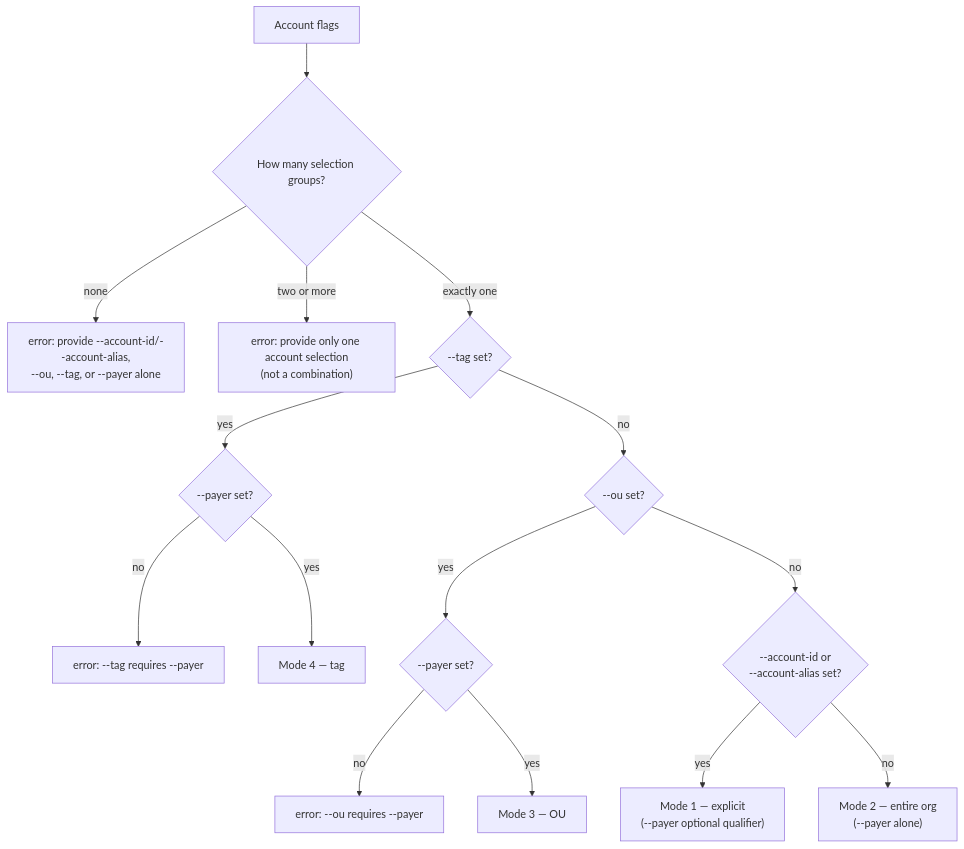
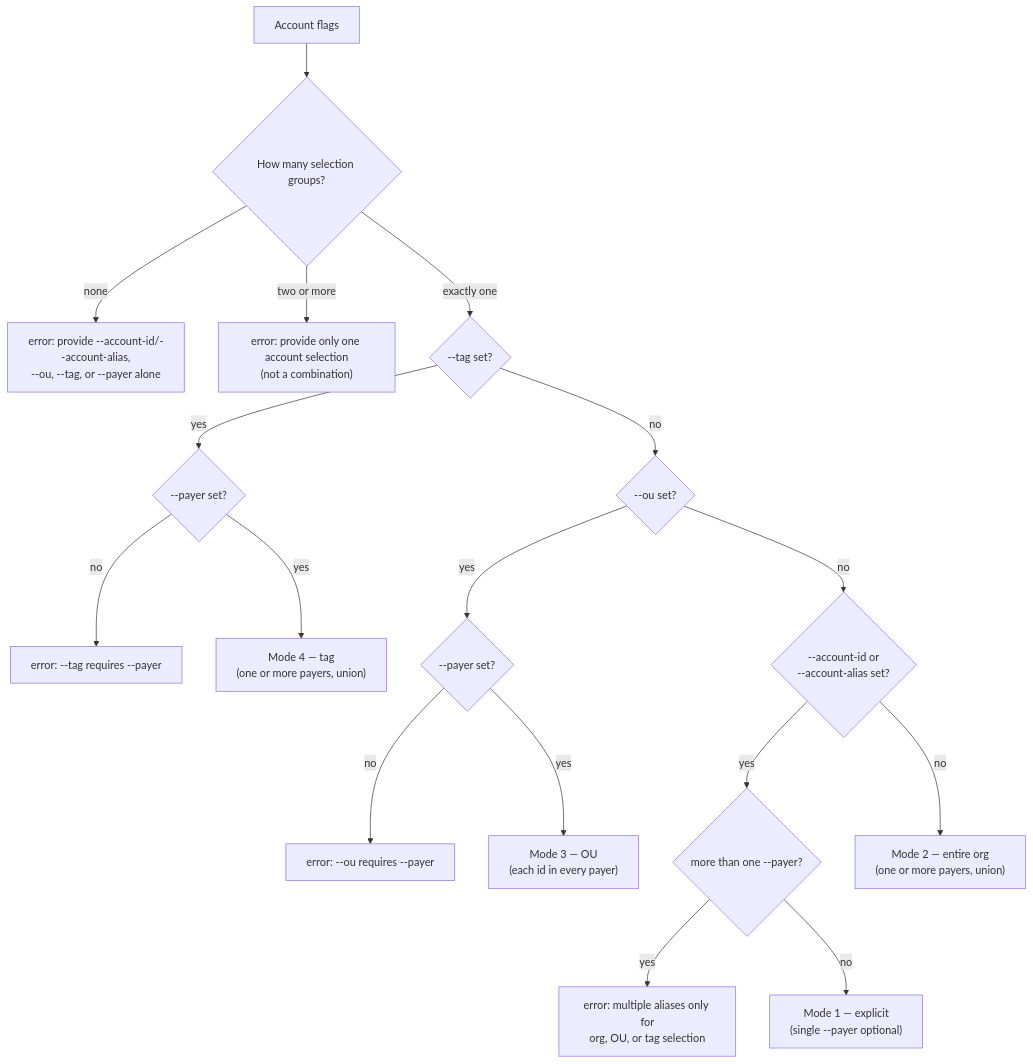
Before and after one commit to openshift-online/finops-tools: the second of 6 diagrams in docs/query-selectors.md, drawn with Mermaid. The commit also changed other lines of this file and 1 other file, not shown here.

Commit message:
HCMFINOPS-374 Document comma-separated --payer in the query selector guide

````diff
--- a/docs/query-selectors.md
+++ b/docs/query-selectors.md
@@ -51,17 +57,19 @@
 ```mermaid
 flowchart TD
     S["Account flags"] --> C{"How many selection groups?"}
     C -->|"none"| E0["error: provide --account-id/--account-alias,<br/>--ou, --tag, or --payer alone"]
     C -->|"two or more"| E1["error: provide only one account selection<br/>(not a combination)"]
     C -->|"exactly one"| T{"--tag set?"}
     T -->|yes| TP{"--payer set?"}
     TP -->|no| ET["error: --tag requires --payer"]
-    TP -->|yes| M4["Mode 4 — tag"]
+    TP -->|yes| M4["Mode 4 — tag<br/>(one or more payers, union)"]
     T -->|no| O{"--ou set?"}
     O -->|yes| OP{"--payer set?"}
     OP -->|no| EO["error: --ou requires --payer"]
-    OP -->|yes| M3["Mode 3 — OU"]
+    OP -->|yes| M3["Mode 3 — OU<br/>(each id in every payer)"]
     O -->|no| X{"--account-id or<br/>--account-alias set?"}
-    X -->|yes| M1["Mode 1 — explicit<br/>(--payer optional qualifier)"]
-    X -->|no| M2["Mode 2 — entire org<br/>(--payer alone)"]
+    X -->|yes| XP{"more than one --payer?"}
+    XP -->|yes| EX["error: multiple aliases only for<br/>org, OU, or tag selection"]
+    XP -->|no| M1["Mode 1 — explicit<br/>(single --payer optional)"]
+    X -->|no| M2["Mode 2 — entire org<br/>(one or more payers, union)"]
 ```
````
